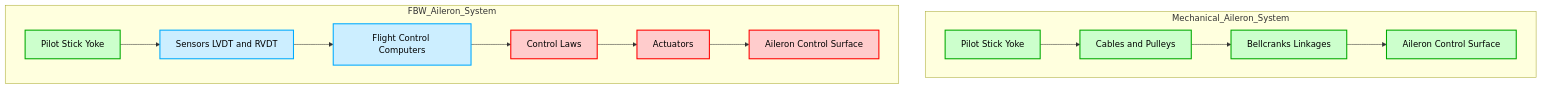
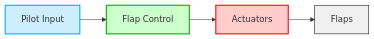
The fourth of 13 diagrams in FTC_27-00-00-00-000 – ATA_27-Flight-Controls.md (Robbbo-T/Ampel360XWLRGA), drawn with Mermaid before and after one commit. The commit also changed other lines of this file, not shown here.

Commit message:
Update FTC_27-00-00-00-000 – ATA_27-Flight-Controls.md (#72)

````diff
--- a/FTC_27-00-00-00-000 – ATA_27-Flight-Controls.md
+++ b/FTC_27-00-00-00-000 – ATA_27-Flight-Controls.md
@@ -1395,27 +249,10 @@
 ```mermaid
-graph TD
-    subgraph Mechanical_Aileron_System
-        A[Pilot Stick Yoke] --> B[Cables and Pulleys]
-        B --> C[Bellcranks Linkages]
-        C --> D[Aileron Control Surface]
-    end
-
-    subgraph FBW_Aileron_System
-        E[Pilot Stick Yoke] --> F[Sensors LVDT and RVDT]
-        F --> G[Flight Control Computers]
-        G --> H[Control Laws]
-        H --> I[Actuators]
-        I --> J[Aileron Control Surface]
-    end
-
-    style A fill:#ccffcc,stroke:#00aa00,stroke-width:2px,color:#000
-    style B fill:#ccffcc,stroke:#00aa00,stroke-width:2px,color:#000
-    style C fill:#ccffcc,stroke:#00aa00,stroke-width:2px,color:#000
-    style D fill:#ccffcc,stroke:#00aa00,stroke-width:2px,color:#000
-    style E fill:#ccffcc,stroke:#00aa00,stroke-width:2px,color:#000
-    style F fill:#cceeff,stroke:#00aaff,stroke-width:2px,color:#000
-    style G fill:#cceeff,stroke:#00aaff,stroke-width:2px,color:#000
-    style H fill:#ffcccc,stroke:#ff0000,stroke-width:2px,color:#000
-    style I fill:#ffcccc,stroke:#ff0000,stroke-width:2px,color:#000
-    style J fill:#ffcccc,stroke:#ff0000,stroke-width:2px,color:#000
+graph LR
+    A[Pilot Input] --> B[Flap Control]
+    B --> C[Actuators]
+    C --> D[Flaps]
+    style A fill:#cceeff,stroke:#00aaff,stroke-width:2px
+    style B fill:#ccffcc,stroke:#00aa00,stroke-width:2px
+    style C fill:#ffcccc,stroke:#ff0000,stroke-width:2px
+    style D fill:#f0f0f0,stroke:#000000,stroke-width:1px
 ```
````
